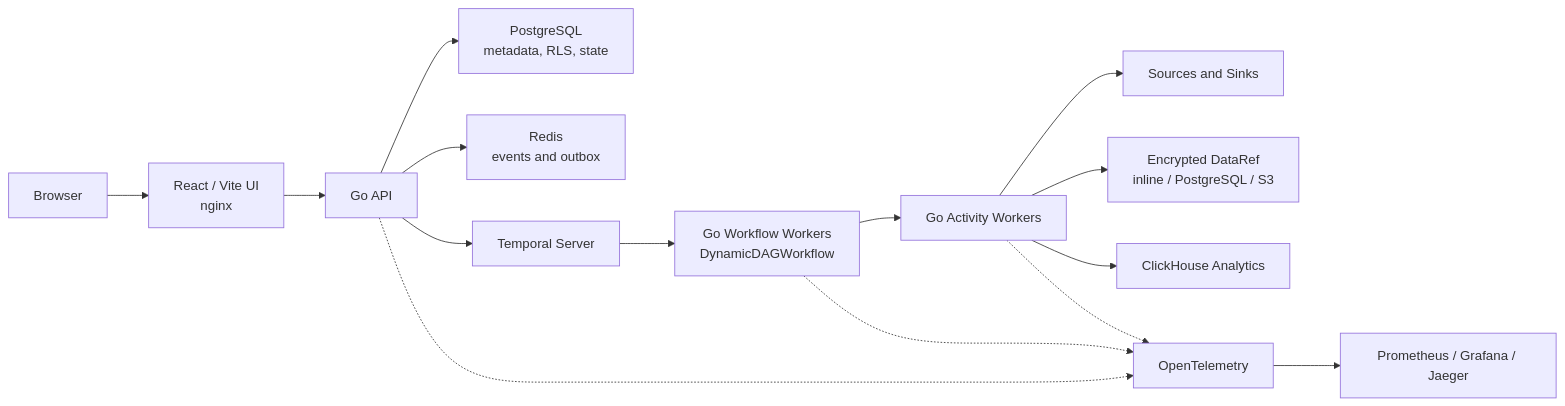
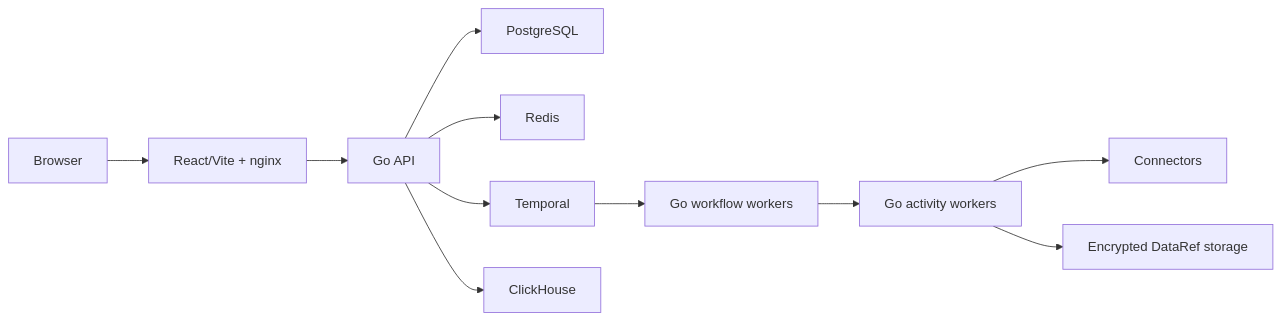
The diagram in README.md (as791/dataflow-poc), drawn with Mermaid before and after one commit. The commit also changed other lines of this file and 130 other files, not shown here.

````diff
--- a/README.md
+++ b/README.md
@@ -49,20 +36,13 @@
 ```mermaid
 flowchart LR
-    User["Browser"] --> Web["React / Vite UI<br/>nginx"]
+    Browser --> Web["React/Vite + nginx"]
     Web --> API["Go API"]
-
-    API --> Postgres["PostgreSQL<br/>metadata, RLS, state"]
-    API --> Redis["Redis<br/>events and outbox"]
-    API --> Temporal["Temporal Server"]
-
-    Temporal --> Workflow["Go Workflow Workers<br/>DynamicDAGWorkflow"]
-    Workflow --> Activities["Go Activity Workers"]
-    Activities --> Connectors["Sources and Sinks"]
-    Activities --> Payloads["Encrypted DataRef<br/>inline / PostgreSQL / S3"]
-    Activities --> ClickHouse["ClickHouse Analytics"]
-
-    API -.-> OTel["OpenTelemetry"]
-    Workflow -.-> OTel
-    Activities -.-> OTel
-    OTel --> Observability["Prometheus / Grafana / Jaeger"]
+    API --> PG["PostgreSQL"]
+    API --> Redis
+    API --> Temporal
+    API --> CH["ClickHouse"]
+    Temporal --> Workflow["Go workflow workers"]
+    Workflow --> Activity["Go activity workers"]
+    Activity --> Connectors
+    Activity --> Payloads["Encrypted DataRef storage"]
 ```
````
